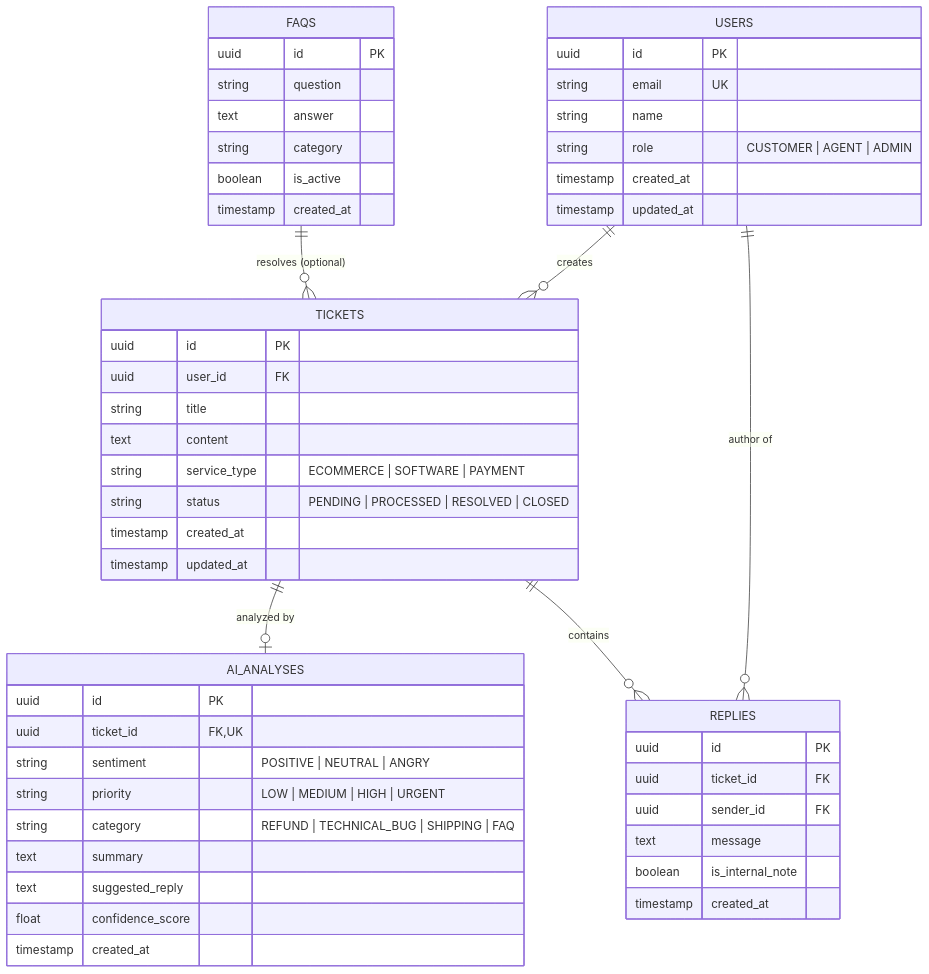
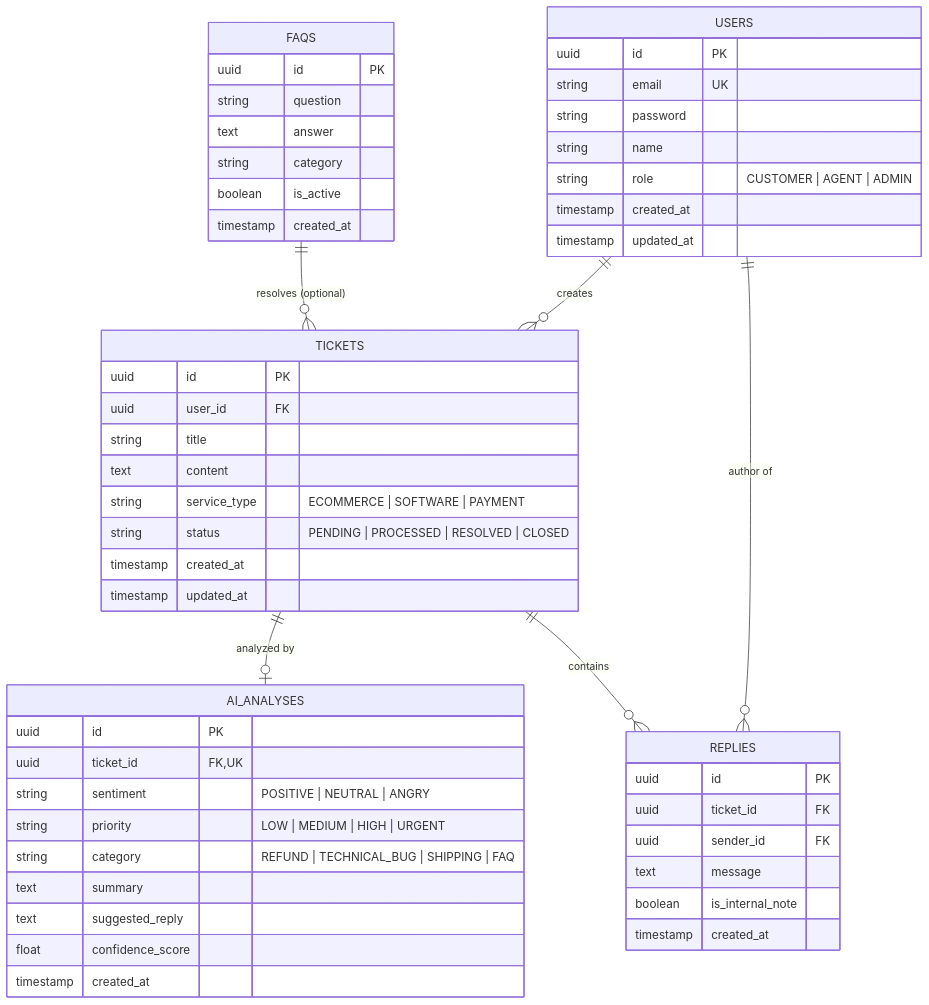
One commit to DucNguyen-tc/AI-Smart-Ticking-System changed the diagram in docs/DATABASE_DESIGN.md. Above: the diagram before and after it, drawn with Mermaid. The commit also changed other lines of this file and 3 other files, not shown here.

````diff
--- a/docs/DATABASE_DESIGN.md
+++ b/docs/DATABASE_DESIGN.md
@@ -19,58 +20,59 @@
 ```mermaid
 erDiagram
     USERS ||--o{ TICKETS : "creates"
     USERS ||--o{ REPLIES : "author of"
     TICKETS ||--o| AI_ANALYSES : "analyzed by"
     TICKETS ||--o{ REPLIES : "contains"
     FAQS ||--o{ TICKETS : "resolves (optional)"
 
     USERS {
         uuid id PK
         string email UK
+        string password
         string name
         string role "CUSTOMER | AGENT | ADMIN"
         timestamp created_at
         timestamp updated_at
     }
 
     TICKETS {
         uuid id PK
         uuid user_id FK
         string title
         text content
         string service_type "ECOMMERCE | SOFTWARE | PAYMENT"
         string status "PENDING | PROCESSED | RESOLVED | CLOSED"
         timestamp created_at
         timestamp updated_at
     }
 
     AI_ANALYSES {
         uuid id PK
         uuid ticket_id FK,UK
         string sentiment "POSITIVE | NEUTRAL | ANGRY"
         string priority "LOW | MEDIUM | HIGH | URGENT"
         string category "REFUND | TECHNICAL_BUG | SHIPPING | FAQ"
         text summary
         text suggested_reply
         float confidence_score
         timestamp created_at
     }
 
     REPLIES {
         uuid id PK
         uuid ticket_id FK
         uuid sender_id FK
         text message
         boolean is_internal_note
         timestamp created_at
     }
 
     FAQS {
         uuid id PK
         string question
         text answer
         string category
         boolean is_active
         timestamp created_at
     }
 ```
````
